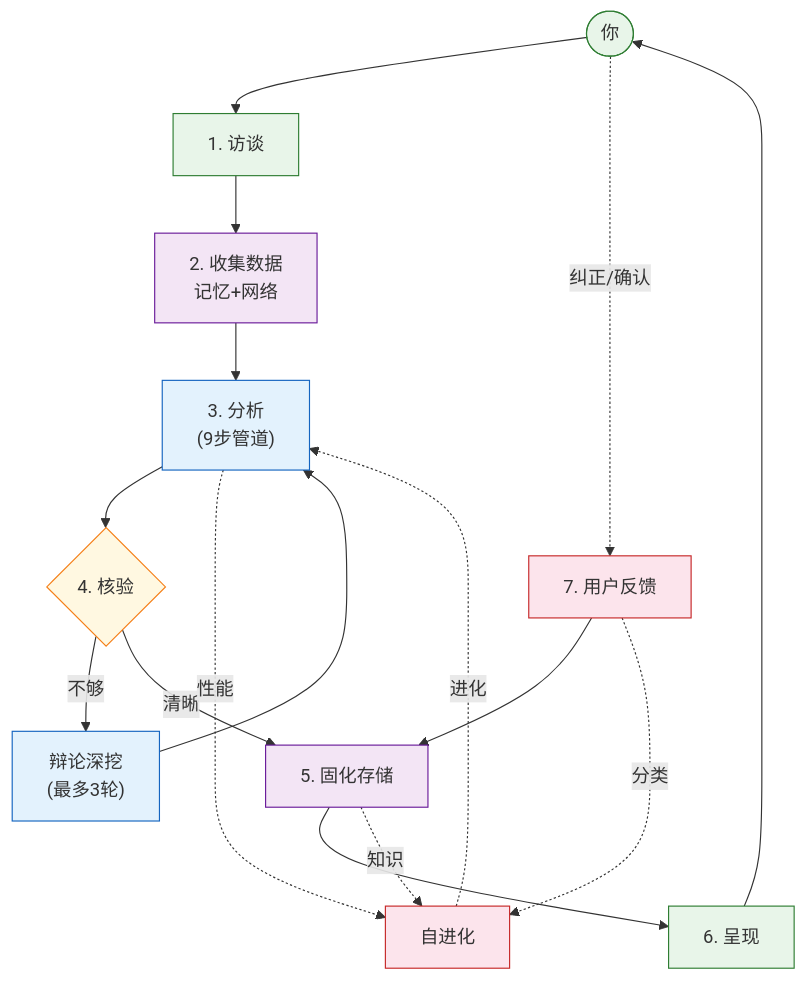
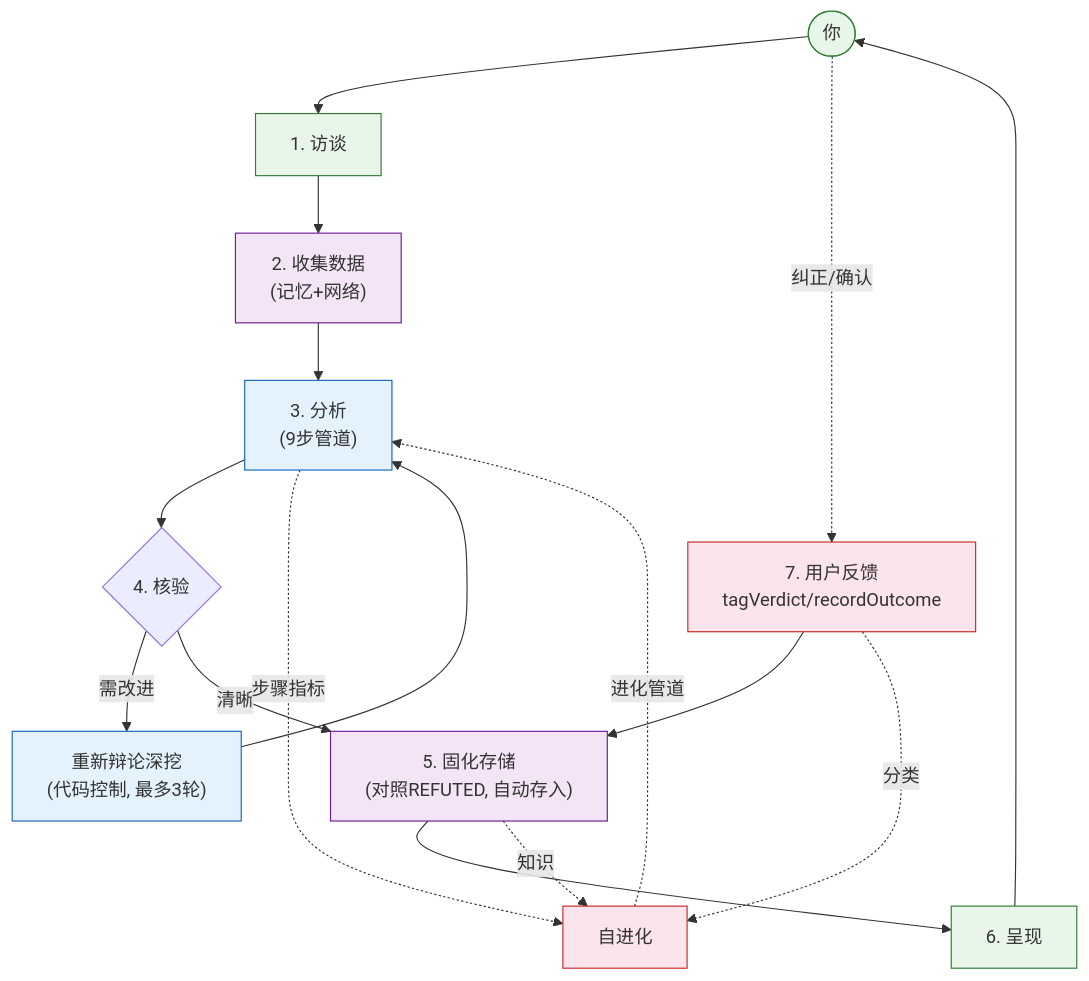
One commit to ljjluke/ponder-skill changed the diagram in README_CN.md. Above: the diagram before and after it, drawn with Mermaid. The commit also changed other lines of this file and 1 other file, not shown here.

````diff
--- a/README_CN.md
+++ b/README_CN.md
@@ -33,24 +41,26 @@
 ```mermaid
 flowchart TB
     classDef user fill:#e8f5e9,stroke:#2e7d32
     classDef pipe fill:#e3f2fd,stroke:#1565c0
     classDef mem fill:#f3e5f5,stroke:#6a1b9a
     classDef evolve fill:#fce4ec,stroke:#c62828
-    classDef check fill:#fff8e1,stroke:#f57f17
 
     U(["你"]):::user --> I["1. 访谈"]:::user
-    I --> DQ["2. 收集数据<br/>记忆+网络"]:::mem
+    I --> DQ["2. 收集数据<br/>(记忆+网络)"]:::mem
     DQ --> PL["3. 分析<br/>(9步管道)"]:::pipe
-    PL --> V{"4. 核验"}:::check
-    V -->|不够| D["辩论深挖<br/>(最多3轮)"]:::pipe
+
+    PL --> V{"4. 核验"}
+    V -->|需改进| D["重新辩论深挖<br/>(代码控制, 最多3轮)"]:::pipe
     D --> PL
-    V -->|清晰| C["5. 固化存储"]:::mem
+    V -->|清晰| C["5. 固化存储<br/>(对照REFUTED, 自动存入)"]:::mem
+
     C --> P["6. 呈现"]:::user
     P --> U
-    U -.->|纠正/确认| F["7. 用户反馈"]:::evolve
+    U -.->|纠正/确认| F["7. 用户反馈<br/>tagVerdict/recordOutcome"]:::evolve
     F --> C
-    PL -.->|性能| E["自进化"]:::evolve
+
+    PL -.->|步骤指标| E["自进化"]:::evolve
     C -.->|知识| E
     F -.->|分类| E
-    E -.->|进化| PL
+    E -.->|进化管道| PL
 ```
````
